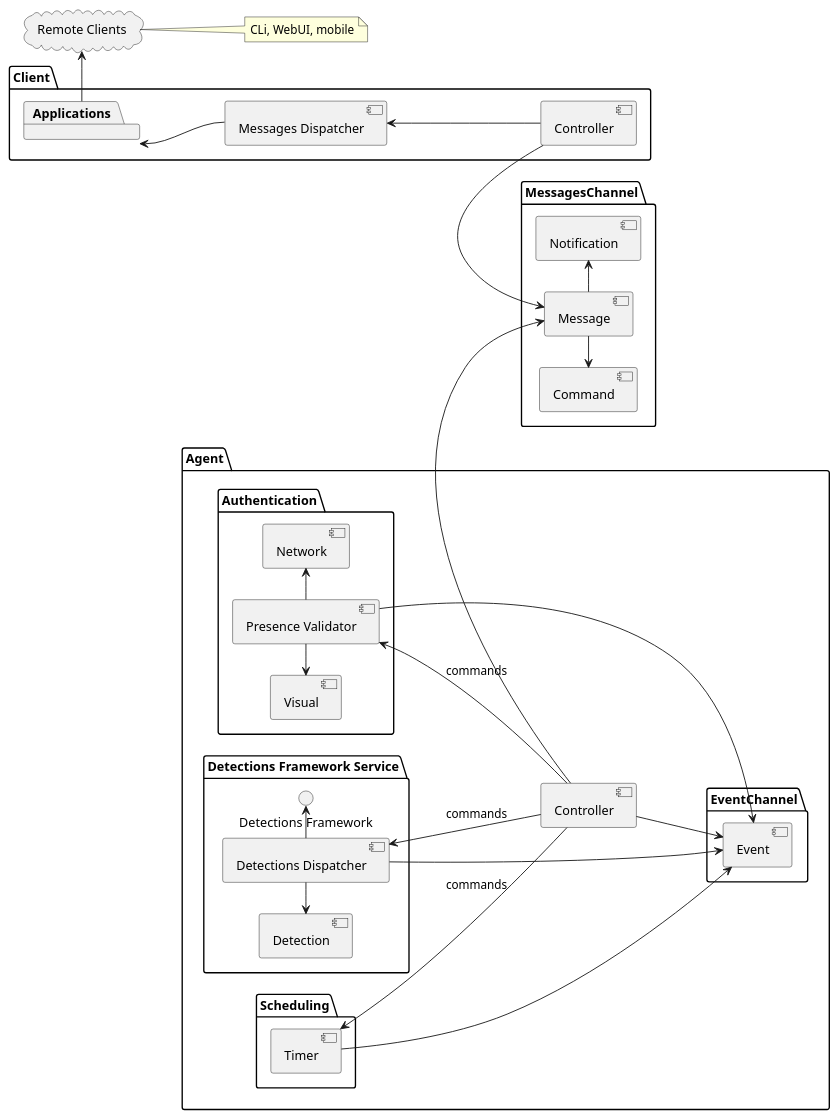
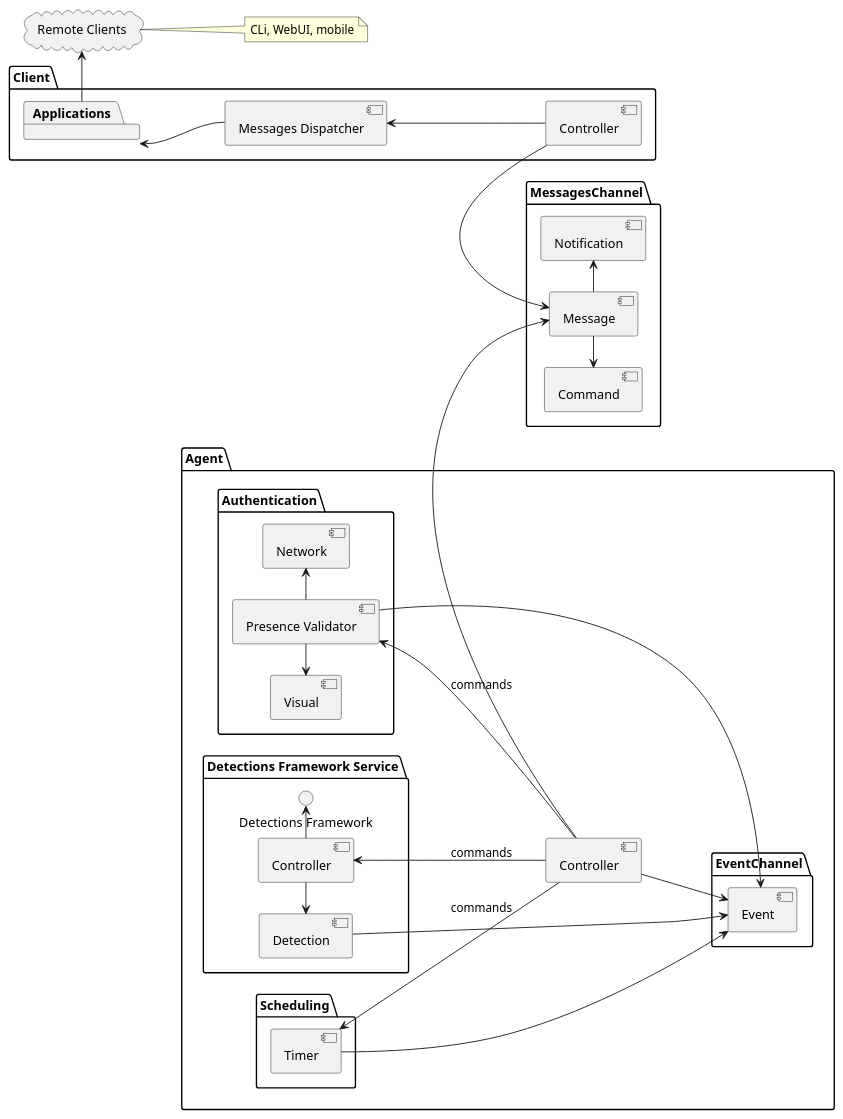
The diagram in docs/components.puml (saratoga8/motion_notifier), drawn with PlantUML before and after one commit. The commit also changed 2 other files, not shown here.

```diff
--- a/docs/components.puml
+++ b/docs/components.puml
@@ -1,64 +1,64 @@
 @startuml
 'https://plantuml.com/component-diagram
 
 left to right direction
 
 package "Agent" {
     [Controller] as Agent_Controller
     package "Authentication" {
       [Presence Validator]
       [Network]
       [Visual]
     }
 
     package "Detections Framework Service" {
       () "Detections Framework" as DF
-      [Detections Dispatcher] -> DF
-      [Detection] <- [Detections Dispatcher]
+      [Controller] -> DF
+      [Detection] <- [Controller]
     }
 
 
     package EventChannel {
       Agent_Controller --> [Event]
       [Presence Validator] -> [Event]
-      [Detections Dispatcher] --> [Event]
+      [Detection] -> [Event]
     }
 
     package "Scheduling" {
       [Timer] -> [Event]
     }
 
 }
 
 package "Client" {
     [Controller] as Client_Controller
     [Messages Dispatcher] <-- Client_Controller
 
     package [Applications] {
     }
 }
 
 package MessagesChannel {
     [Command] <- [Message]
     [Message]
     [Message] -> [Notification]
 }
 
 
 cloud "Remote Clients" {
 }
 
 [Applications] <-- [Messages Dispatcher]
 [Applications] -> "Remote Clients"
 Client_Controller -> [Message]
 Agent_Controller -> [Message]
 
-[Detections Dispatcher] <-- Agent_Controller : commands
+[Controller] <-- Agent_Controller : commands
 [Presence Validator] <-- Agent_Controller : commands
 [Timer] <-- Agent_Controller : commands
 
 [Presence Validator] -> [Network]
 [Visual] <- [Presence Validator]
 
 note right of "Remote Clients": CLi, WebUI, mobile
 @enduml
```
